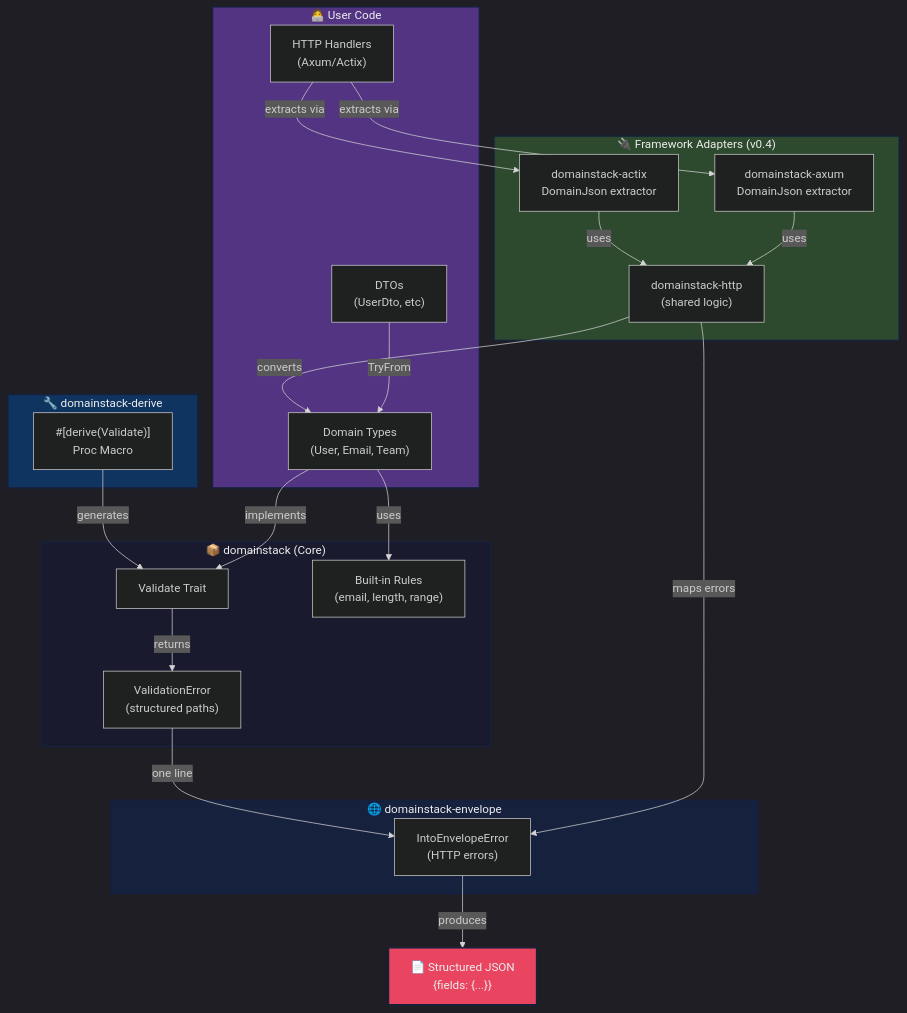
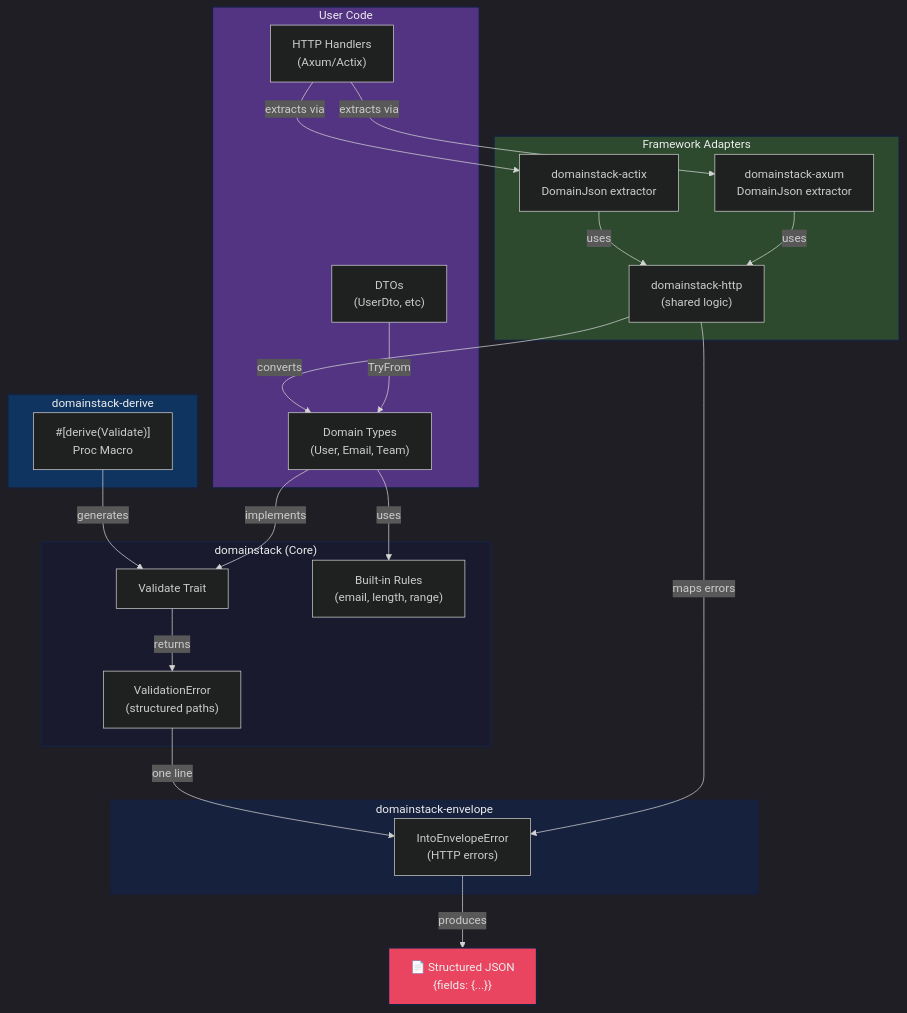
One commit to blackwell-systems/domainstack changed the diagram in docs/architecture.md. Above: the diagram before and after it, drawn with Mermaid. The commit also changed other lines of this file and 3 other files, not shown here.

First line of the commit message:
Clean up documentation: remove emojis, version tags, and completed roadmap items

````diff
--- a/docs/architecture.md
+++ b/docs/architecture.md
@@ -7,50 +7,50 @@
 ```mermaid
 %%{init: {'theme':'dark'}}%%
 graph TB
-    subgraph User["🧑‍💻 User Code"]
+    subgraph User["User Code"]
         Domain["Domain Types<br/>(User, Email, Team)"]
         DTO["DTOs<br/>(UserDto, etc)"]
         Handler["HTTP Handlers<br/>(Axum/Actix)"]
     end
     
-    subgraph Adapters["🔌 Framework Adapters (v0.4)"]
+    subgraph Adapters["Framework Adapters"]
         AxumExt["domainstack-axum<br/>DomainJson extractor"]
         ActixExt["domainstack-actix<br/>DomainJson extractor"]
         HttpShared["domainstack-http<br/>(shared logic)"]
     end
     
-    subgraph Core["📦 domainstack (Core)"]
+    subgraph Core["domainstack (Core)"]
         Validate["Validate Trait"]
         Rules["Built-in Rules<br/>(email, length, range)"]
         Error["ValidationError<br/>(structured paths)"]
     end
     
-    subgraph Derive["🔧 domainstack-derive"]
+    subgraph Derive["domainstack-derive"]
         Macro["#[derive(Validate)]<br/>Proc Macro"]
     end
     
-    subgraph Envelope["🌐 domainstack-envelope"]
+    subgraph Envelope["domainstack-envelope"]
         Convert["IntoEnvelopeError<br/>(HTTP errors)"]
     end
     
     DTO -->|"TryFrom"| Domain
     Domain -->|"implements"| Validate
     Domain -->|"uses"| Rules
     Macro -->|"generates"| Validate
     Validate -->|"returns"| Error
     Handler -->|"extracts via"| AxumExt
     Handler -->|"extracts via"| ActixExt
     AxumExt -->|"uses"| HttpShared
     ActixExt -->|"uses"| HttpShared
     HttpShared -->|"converts"| Domain
     HttpShared -->|"maps errors"| Convert
     Error -->|"one line"| Convert
     Convert -->|"produces"| JSON["📄 Structured JSON<br/>{fields: {...}}"]
     
     style Core fill:#1a1a2e,stroke:#16213e,stroke-width:2px,color:#eee
     style Derive fill:#0f3460,stroke:#16213e,stroke-width:2px,color:#eee
     style Envelope fill:#16213e,stroke:#16213e,stroke-width:2px,color:#eee
     style Adapters fill:#2d4a2e,stroke:#16213e,stroke-width:2px,color:#eee
     style User fill:#533483,stroke:#16213e,stroke-width:2px,color:#eee
     style JSON fill:#e94560,stroke:#16213e,stroke-width:2px,color:#eee
 ```
````
